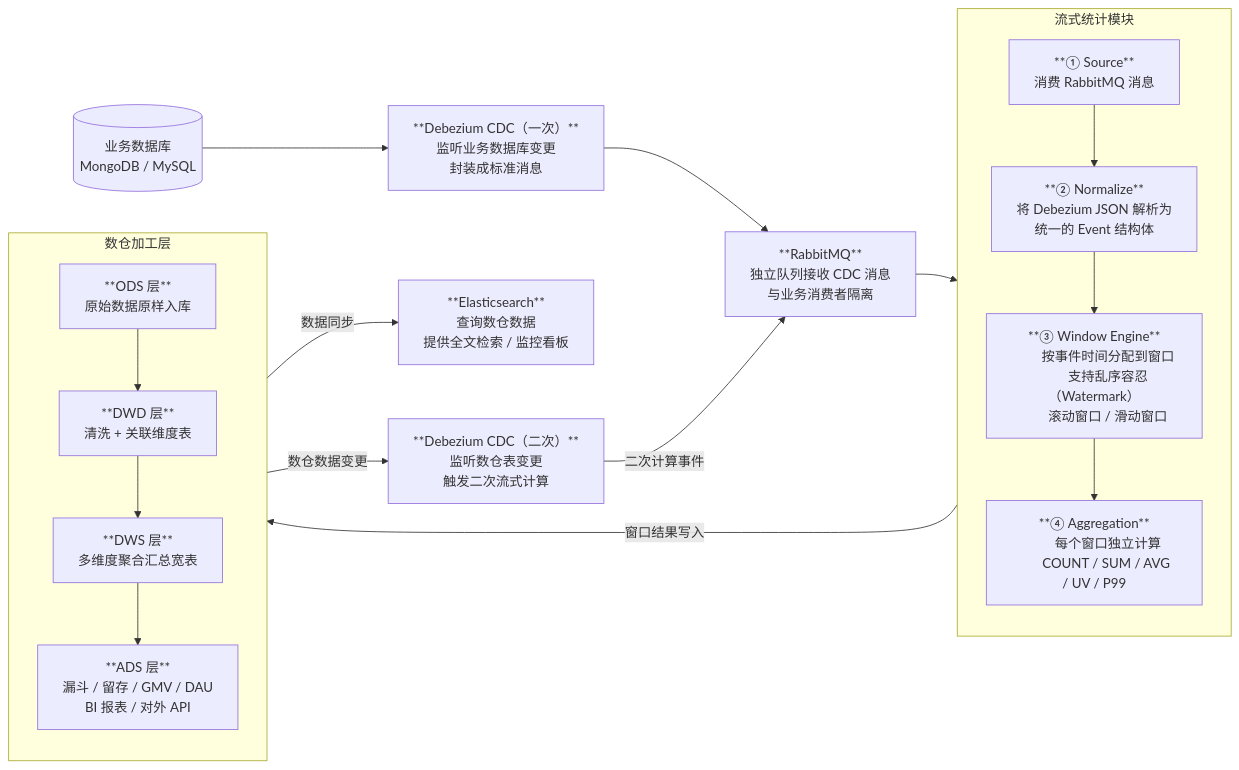
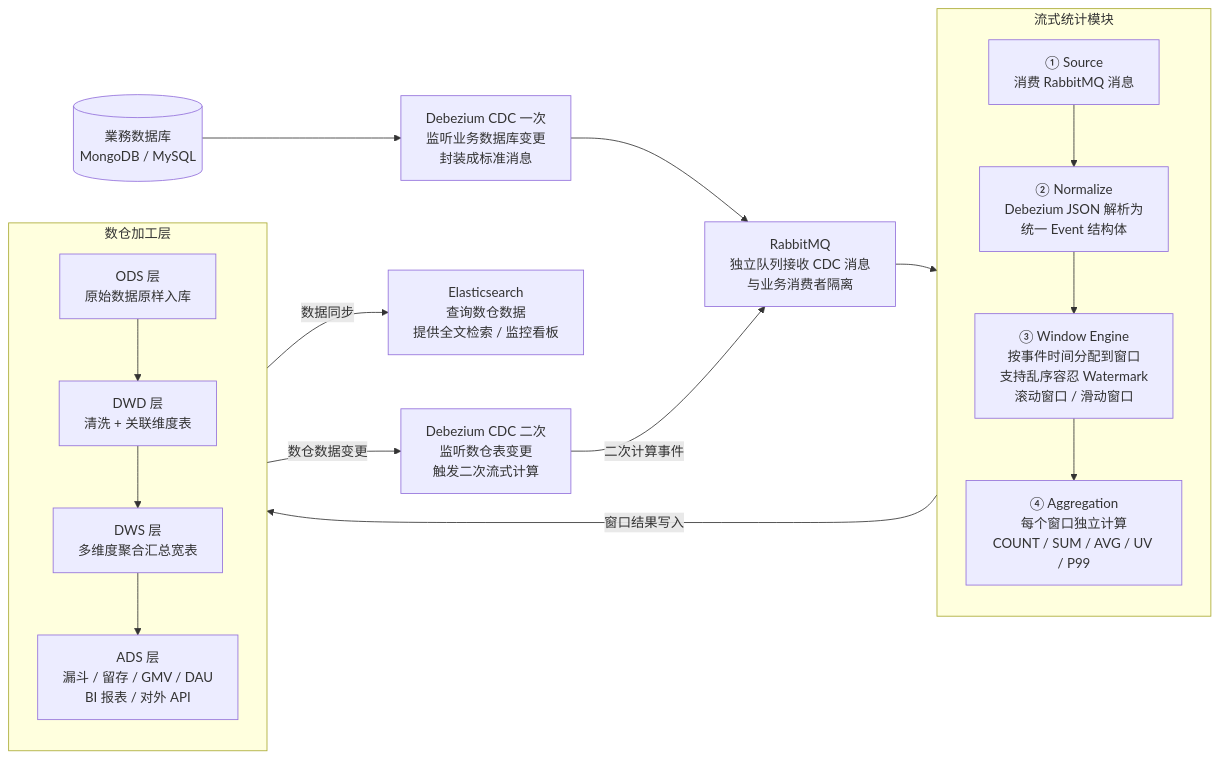
One commit to EthanScriptOn/strea-doc changed the first of 3 diagrams in stream-stats-design.md. Above: the diagram before and after it, drawn with Mermaid. The commit also changed other lines of this file, not shown here.

Commit message:
fix mermaid syntax: replace newlines with br, remove backtick strings

````diff
--- a/stream-stats-design.md
+++ b/stream-stats-design.md
@@ -9,66 +9,36 @@
 ```mermaid
 flowchart LR
-    DB[("`业务数据库
-    MongoDB / MySQL`")]
+    DB[("業務数据库<br/>MongoDB / MySQL")]
 
-    DBZ1["**Debezium CDC（一次）**
-    监听业务数据库变更
-    封装成标准消息"]
+    DBZ1["Debezium CDC 一次<br/>监听业务数据库变更<br/>封装成标准消息"]
 
-    MQ["**RabbitMQ**
-    独立队列接收 CDC 消息
-    与业务消费者隔离"]
+    MQ["RabbitMQ<br/>独立队列接收 CDC 消息<br/>与业务消费者隔离"]
 
     subgraph STREAM["流式统计模块"]
         direction TB
-        A["**① Source**
-        消费 RabbitMQ 消息"]
-
-        B["**② Normalize**
-        将 Debezium JSON 解析为
-        统一的 Event 结构体"]
-
-        C["**③ Window Engine**
-        按事件时间分配到窗口
-        支持乱序容忍（Watermark）
-        滚动窗口 / 滑动窗口"]
-
-        D["**④ Aggregation**
-        每个窗口独立计算
-        COUNT / SUM / AVG / UV / P99"]
-
+        A["① Source<br/>消费 RabbitMQ 消息"]
+        B["② Normalize<br/>Debezium JSON 解析为<br/>统一 Event 结构体"]
+        C["③ Window Engine<br/>按事件时间分配到窗口<br/>支持乱序容忍 Watermark<br/>滚动窗口 / 滑动窗口"]
+        D["④ Aggregation<br/>每个窗口独立计算<br/>COUNT / SUM / AVG / UV / P99"]
         A --> B --> C --> D
     end
 
     subgraph DW["数仓加工层"]
         direction TB
-        ODS["**ODS 层**
-        原始数据原样入库"]
-
-        DWD["**DWD 层**
-        清洗 + 关联维度表"]
-
-        DWS["**DWS 层**
-        多维度聚合汇总宽表"]
-
-        ADS["**ADS 层**
-        漏斗 / 留存 / GMV / DAU
-        BI 报表 / 对外 API"]
-
+        ODS["ODS 层<br/>原始数据原样入库"]
+        DWD["DWD 层<br/>清洗 + 关联维度表"]
+        DWS["DWS 层<br/>多维度聚合汇总宽表"]
+        ADS["ADS 层<br/>漏斗 / 留存 / GMV / DAU<br/>BI 报表 / 对外 API"]
         ODS --> DWD --> DWS --> ADS
     end
 
-    ES["**Elasticsearch**
-    查询数仓数据
-    提供全文检索 / 监控看板"]
+    ES["Elasticsearch<br/>查询数仓数据<br/>提供全文检索 / 监控看板"]
 
-    DBZ2["**Debezium CDC（二次）**
-    监听数仓表变更
-    触发二次流式计算"]
+    DBZ2["Debezium CDC 二次<br/>监听数仓表变更<br/>触发二次流式计算"]
 
     DB --> DBZ1 --> MQ --> A
     D -- "窗口结果写入" --> ODS
     ADS -- "数据同步" --> ES
     DWS -- "数仓数据变更" --> DBZ2
     DBZ2 -- "二次计算事件" --> MQ
 ```
````
